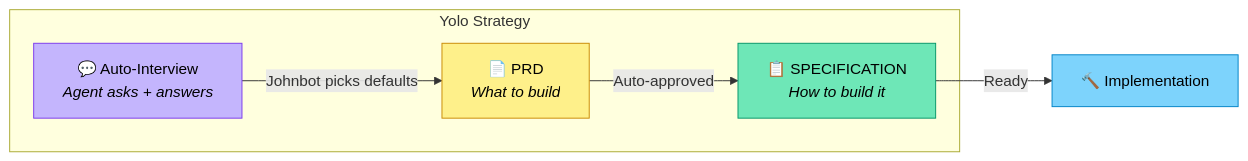
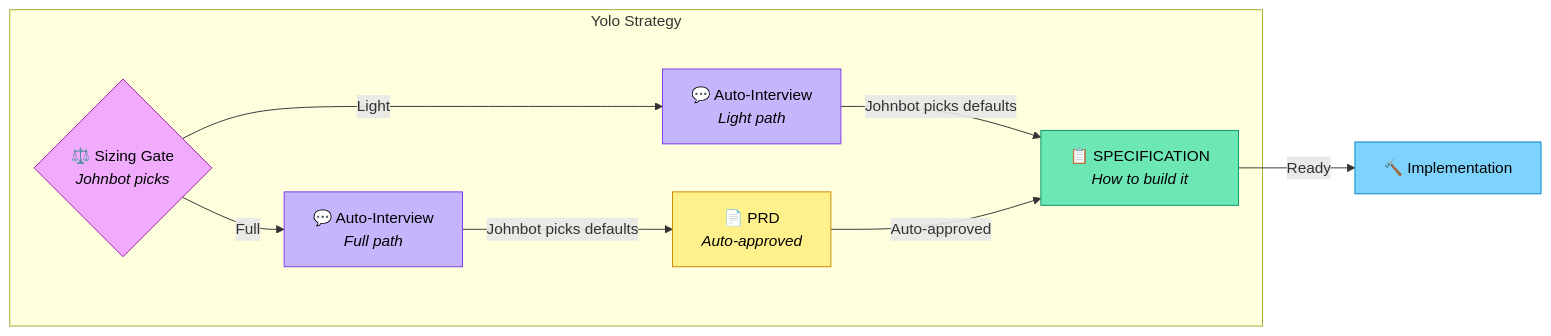
The diagram in strategies/yolo.md (jsgoecke/deft), drawn with Mermaid before and after one commit. The commit also changed other lines of this file and 44 other files, not shown here.

````diff
--- a/strategies/yolo.md
+++ b/strategies/yolo.md
@@ -22,17 +32,24 @@
 ```mermaid
 flowchart LR
     subgraph yolo ["Yolo Strategy"]
-        I["💬 Auto-Interview<br/><i>Agent asks + answers</i>"]
-        P["📄 PRD<br/><i>What to build</i>"]
+        G{"⚖️ Sizing Gate<br/><i>Johnbot picks</i>"}
+        I_L["💬 Auto-Interview<br/><i>Light path</i>"]
+        I_F["💬 Auto-Interview<br/><i>Full path</i>"]
+        P["📄 PRD<br/><i>Auto-approved</i>"]
         S["📋 SPECIFICATION<br/><i>How to build it</i>"]
     end
 
-    I -->|"Johnbot picks defaults"| P
+    G -->|"Light"| I_L
+    G -->|"Full"| I_F
+    I_L -->|"Johnbot picks defaults"| S
+    I_F -->|"Johnbot picks defaults"| P
     P -->|"Auto-approved"| S
     S -->|"Ready"| IMPL["🔨 Implementation"]
 
-    style I fill:#c4b5fd,stroke:#7c3aed,color:#000
+    style G fill:#f0abfc,stroke:#a21caf,color:#000
+    style I_L fill:#c4b5fd,stroke:#7c3aed,color:#000
+    style I_F fill:#c4b5fd,stroke:#7c3aed,color:#000
     style P fill:#fef08a,stroke:#ca8a04,color:#000
     style S fill:#6ee7b7,stroke:#059669,color:#000
     style IMPL fill:#7dd3fc,stroke:#0284c7,color:#000
 ```
````
